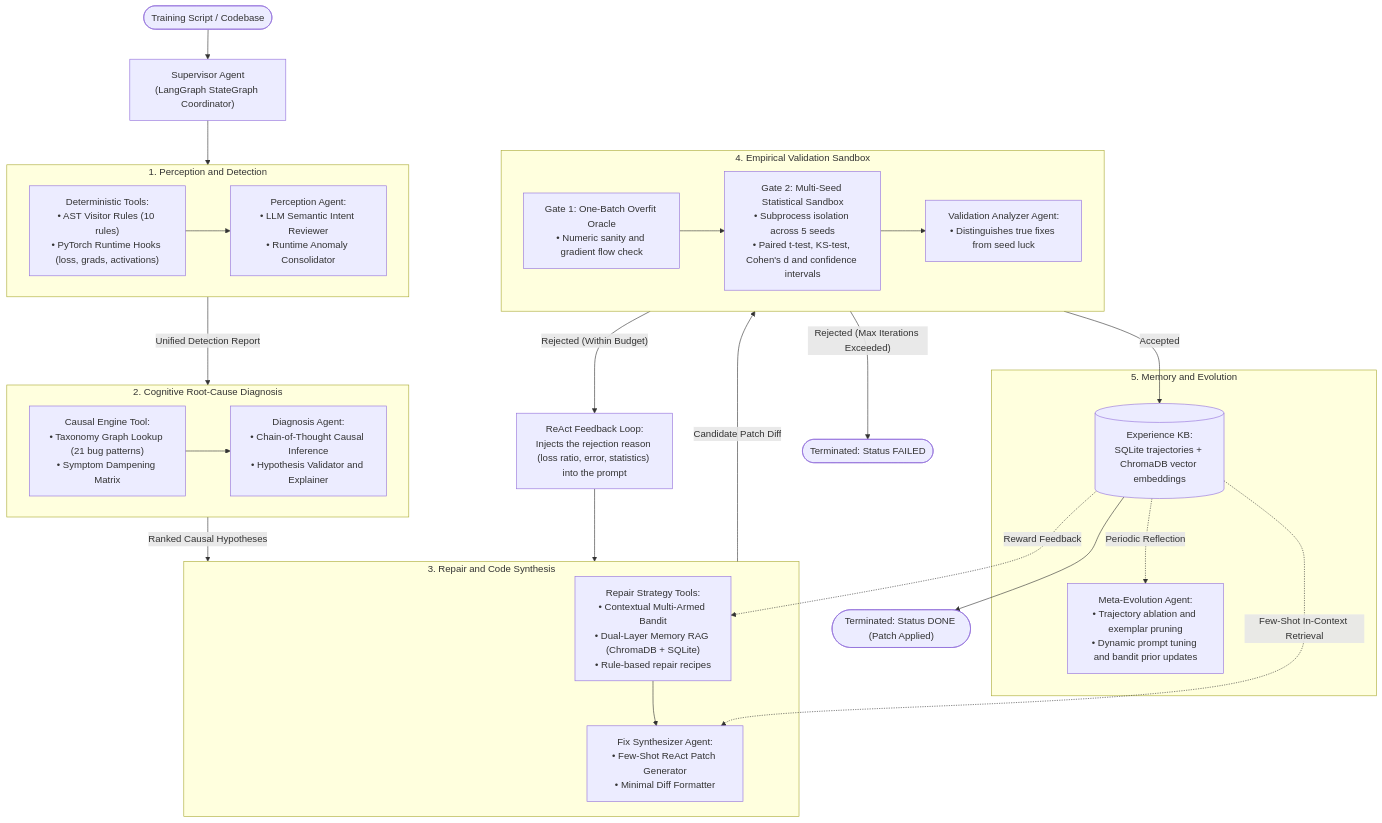
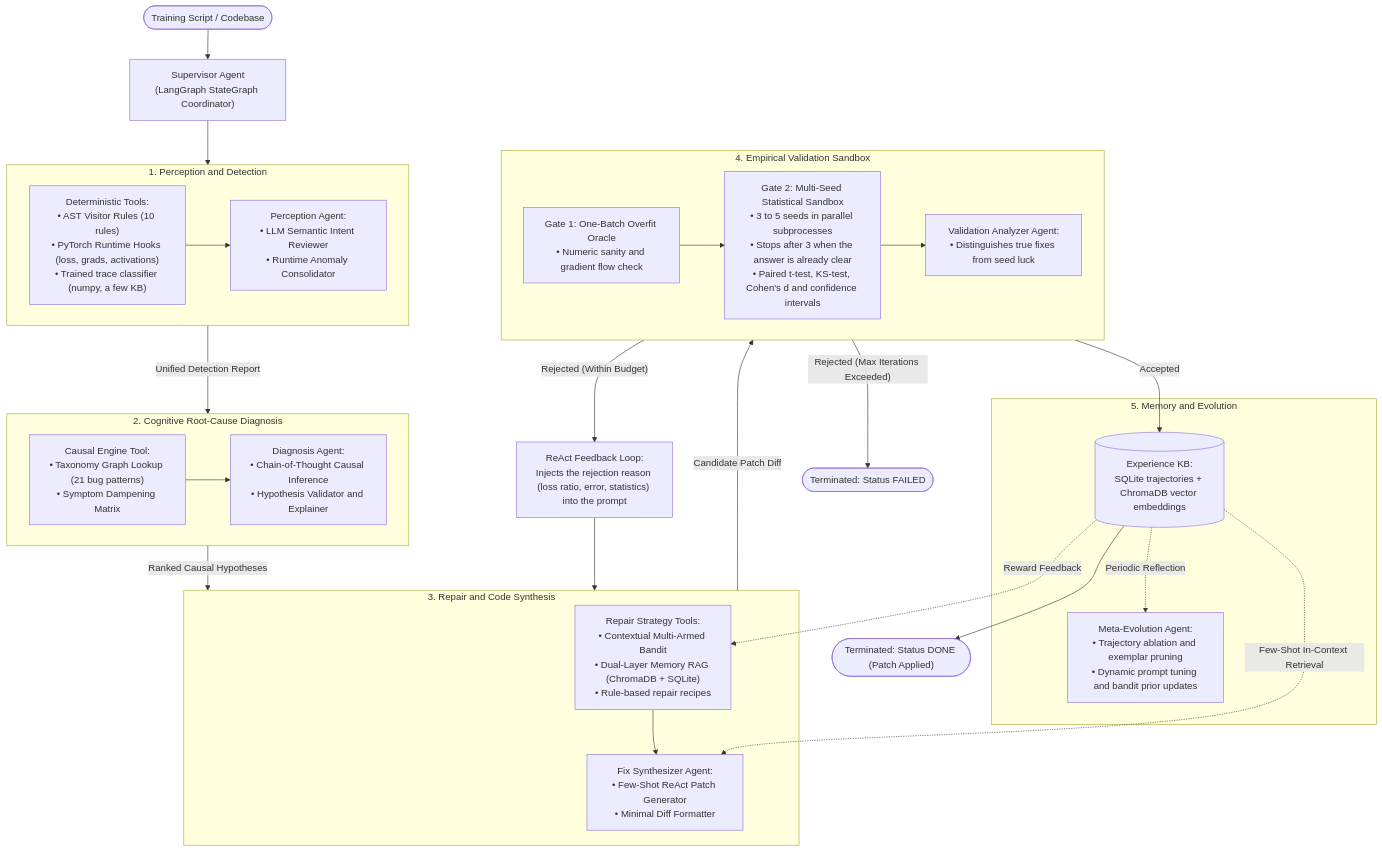
One commit to rishikeshwalhekar49-lab/debug101 changed the diagram in README.md. Above: the diagram before and after it, drawn with Mermaid. The commit also changed other lines of this file and 32 other files, not shown here.

First line of the commit message:
Faster validation, blind benchmarks, snippet mode and a trained trace classifier

````diff
--- a/README.md
+++ b/README.md
@@ -41,49 +41,49 @@
 ```mermaid
 flowchart TD
     START(["Training Script / Codebase"]) --> S["Supervisor Agent<br/>(LangGraph StateGraph Coordinator)"]
 
     subgraph Perception["1. Perception and Detection"]
-        DET_TOOL["Deterministic Tools:<br/>• AST Visitor Rules (10 rules)<br/>• PyTorch Runtime Hooks (loss, grads, activations)"]
+        DET_TOOL["Deterministic Tools:<br/>• AST Visitor Rules (10 rules)<br/>• PyTorch Runtime Hooks (loss, grads, activations)<br/>• Trained trace classifier (numpy, a few KB)"]
         DET_LLM["Perception Agent:<br/>• LLM Semantic Intent Reviewer<br/>• Runtime Anomaly Consolidator"]
         DET_TOOL --> DET_LLM
     end
 
     subgraph Diagnosis["2. Cognitive Root-Cause Diagnosis "]
         DIAG_TOOL["Causal Engine Tool:<br/>• Taxonomy Graph Lookup (21 bug patterns)<br/>• Symptom Dampening Matrix"]
         DIAG_LLM["Diagnosis Agent:<br/>• Chain-of-Thought Causal Inference<br/>• Hypothesis Validator and Explainer"]
         DIAG_TOOL --> DIAG_LLM
     end
 
     subgraph Repair["3. Repair and Code Synthesis "]
         FIX_TOOL["Repair Strategy Tools:<br/>• Contextual Multi-Armed Bandit<br/>• Dual-Layer Memory RAG (ChromaDB + SQLite)<br/>• Rule-based repair recipes"]
         FIX_LLM["Fix Synthesizer Agent:<br/>• Few-Shot ReAct Patch Generator<br/>• Minimal Diff Formatter"]
         FIX_TOOL --> FIX_LLM
     end
 
     subgraph Validation["4. Empirical Validation Sandbox "]
         VAL_GATE1["Gate 1: One-Batch Overfit Oracle<br/>• Numeric sanity and gradient flow check"]
-        VAL_GATE2["Gate 2: Multi-Seed Statistical Sandbox<br/>• Subprocess isolation across 5 seeds<br/>• Paired t-test, KS-test, Cohen's d and confidence intervals"]
+        VAL_GATE2["Gate 2: Multi-Seed Statistical Sandbox<br/>• 3 to 5 seeds in parallel subprocesses<br/>• Stops after 3 when the answer is already clear<br/>• Paired t-test, KS-test, Cohen's d and confidence intervals"]
         VAL_LLM["Validation Analyzer Agent:<br/>• Distinguishes true fixes from seed luck"]
         VAL_GATE1 --> VAL_GATE2 --> VAL_LLM
     end
 
     subgraph Memory["5. Memory and Evolution "]
         EXP_MEM[("Experience KB:<br/>SQLite trajectories + ChromaDB vector embeddings")]
         META_AGENT["Meta-Evolution Agent:<br/>• Trajectory ablation and exemplar pruning<br/>• Dynamic prompt tuning and bandit prior updates"]
         EXP_MEM -. Periodic Reflection .-> META_AGENT
     end
 
     S --> Perception
     Perception -->|Unified Detection Report| Diagnosis
     Diagnosis -->|Ranked Causal Hypotheses| Repair
     Repair -->|Candidate Patch Diff| Validation
 
     Validation -->|Accepted| EXP_MEM
     EXP_MEM -. Few-Shot In-Context Retrieval .-> FIX_LLM
     EXP_MEM -. Reward Feedback .-> FIX_TOOL
 
     Validation -- Rejected (Within Budget) --> FEEDBACK["ReAct Feedback Loop:<br/>Injects the rejection reason (loss ratio, error, statistics) into the prompt"]
     FEEDBACK --> Repair
     Validation -- Rejected (Max Iterations Exceeded) --> ABORT(["Terminated: Status FAILED"])
     EXP_MEM --> SUCCESS(["Terminated: Status DONE (Patch Applied)"])
 ```
````
